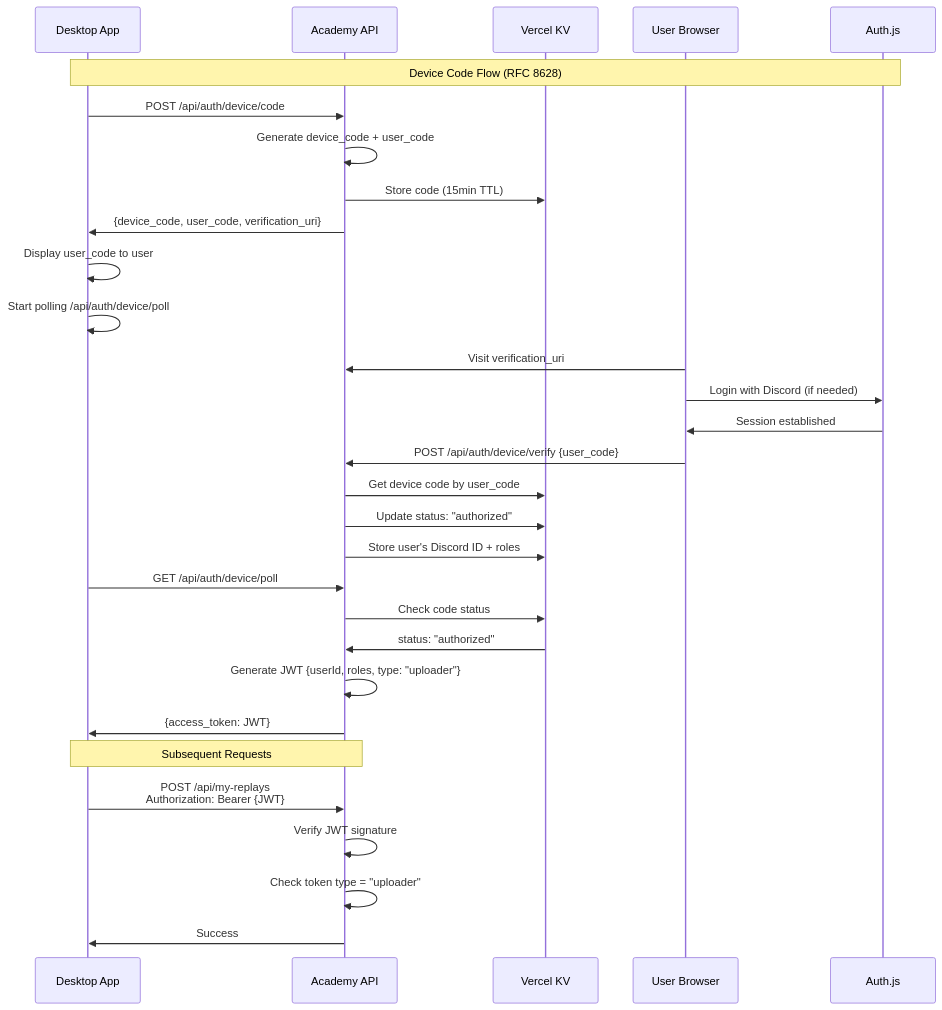
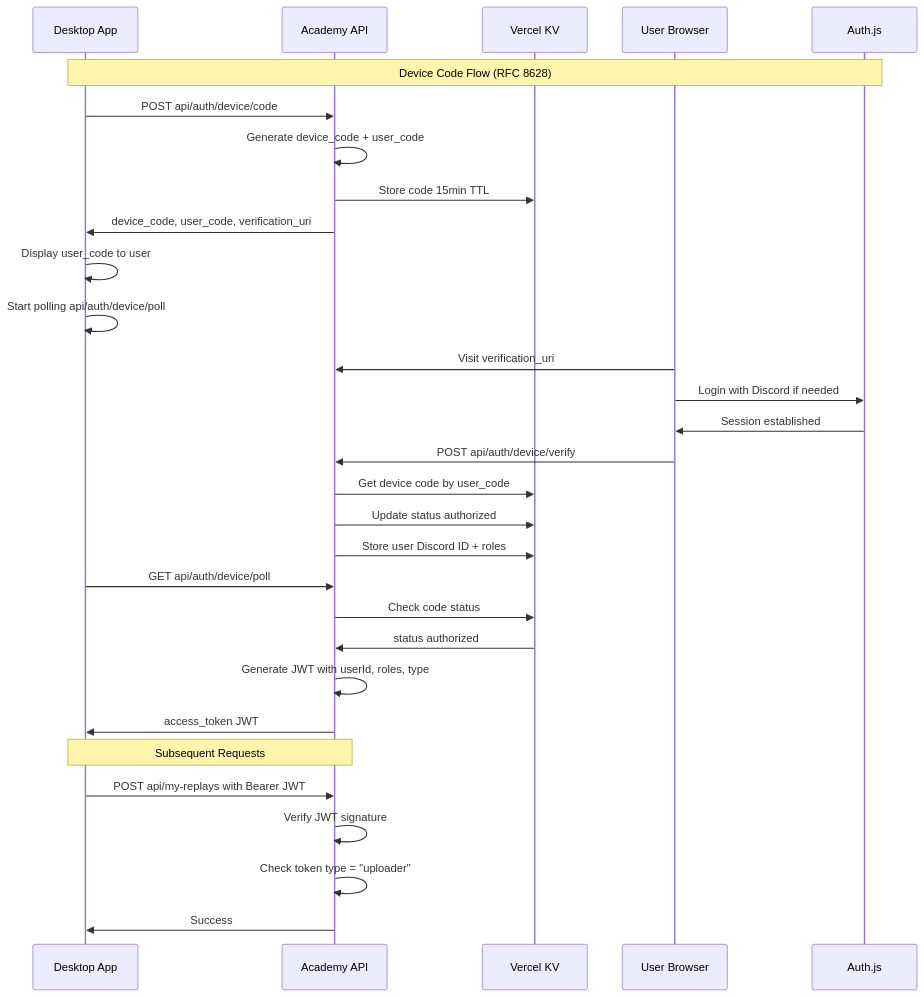
The third of 5 diagrams in PENTEST_PLAN.md (Ladder-Legends/ladder-legends-academy-test), drawn with Mermaid before and after one commit. The commit also changed other lines of this file, not shown here.

Commit message:
fix: correct Mermaid syntax for GitHub rendering
- Remove leading slashes from node labels (causes shape conflicts)
- Quote node labels containing special characters
- Simplify sequence diagram labels to avoid parsing issues

🤖 Generated with [Claude Code](https://claude.com/claude-code)

````diff
--- a/PENTEST_PLAN.md
+++ b/PENTEST_PLAN.md
@@ -120,39 +120,39 @@
 ```mermaid
 sequenceDiagram
     participant D as Desktop App
     participant A as Academy API
     participant KV as Vercel KV
     participant U as User Browser
     participant AUTH as Auth.js
 
     Note over D,AUTH: Device Code Flow (RFC 8628)
 
-    D->>A: POST /api/auth/device/code
+    D->>A: POST api/auth/device/code
     A->>A: Generate device_code + user_code
-    A->>KV: Store code (15min TTL)
-    A->>D: {device_code, user_code, verification_uri}
+    A->>KV: Store code 15min TTL
+    A->>D: device_code, user_code, verification_uri
 
     D->>D: Display user_code to user
-    D->>D: Start polling /api/auth/device/poll
+    D->>D: Start polling api/auth/device/poll
 
     U->>A: Visit verification_uri
-    U->>AUTH: Login with Discord (if needed)
+    U->>AUTH: Login with Discord if needed
     AUTH->>U: Session established
-    U->>A: POST /api/auth/device/verify {user_code}
+    U->>A: POST api/auth/device/verify
     A->>KV: Get device code by user_code
-    A->>KV: Update status: "authorized"
-    A->>KV: Store user's Discord ID + roles
+    A->>KV: Update status authorized
+    A->>KV: Store user Discord ID + roles
 
-    D->>A: GET /api/auth/device/poll
+    D->>A: GET api/auth/device/poll
     A->>KV: Check code status
-    KV->>A: status: "authorized"
-    A->>A: Generate JWT {userId, roles, type: "uploader"}
-    A->>D: {access_token: JWT}
+    KV->>A: status authorized
+    A->>A: Generate JWT with userId, roles, type
+    A->>D: access_token JWT
 
     Note over D,A: Subsequent Requests
 
-    D->>A: POST /api/my-replays<br/>Authorization: Bearer {JWT}
+    D->>A: POST api/my-replays with Bearer JWT
     A->>A: Verify JWT signature
     A->>A: Check token type = "uploader"
     A->>D: Success
 ```
````
